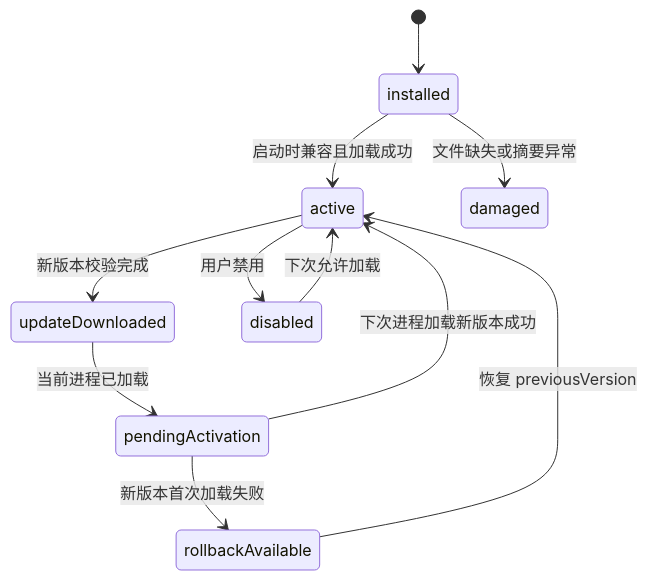
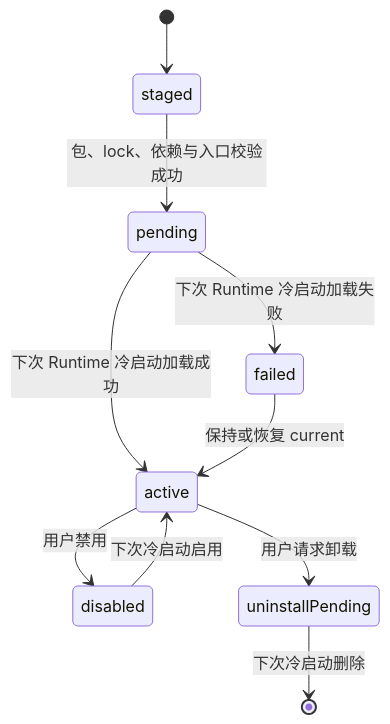
The diagram in docs/architecture/04-plugin-sdk-packaging-registry.md (lingy-Mg/mg_read), drawn with Mermaid before and after one commit. The commit also changed other lines of this file and 28 other files, not shown here.

````diff
--- a/docs/architecture/04-plugin-sdk-packaging-registry.md
+++ b/docs/architecture/04-plugin-sdk-packaging-registry.md
@@ -196,13 +193,12 @@
 ```mermaid
 stateDiagram-v2
-    [*] --> installed
-    installed --> active: 启动时兼容且加载成功
-    active --> updateDownloaded: 新版本校验完成
-    updateDownloaded --> pendingActivation: 当前进程已加载
-    pendingActivation --> active: 下次进程加载新版本成功
-    pendingActivation --> rollbackAvailable: 新版本首次加载失败
-    rollbackAvailable --> active: 恢复 previousVersion
-    installed --> damaged: 文件缺失或摘要异常
+    [*] --> staged
+    staged --> pending: 包、lock、依赖与入口校验成功
+    pending --> active: 下次 Runtime 冷启动加载成功
+    pending --> failed: 下次 Runtime 冷启动加载失败
+    failed --> active: 保持或恢复 current
     active --> disabled: 用户禁用
-    disabled --> active: 下次允许加载
+    disabled --> active: 下次冷启动启用
+    active --> uninstallPending: 用户请求卸载
+    uninstallPending --> [*]: 下次冷启动删除
 ```
````
